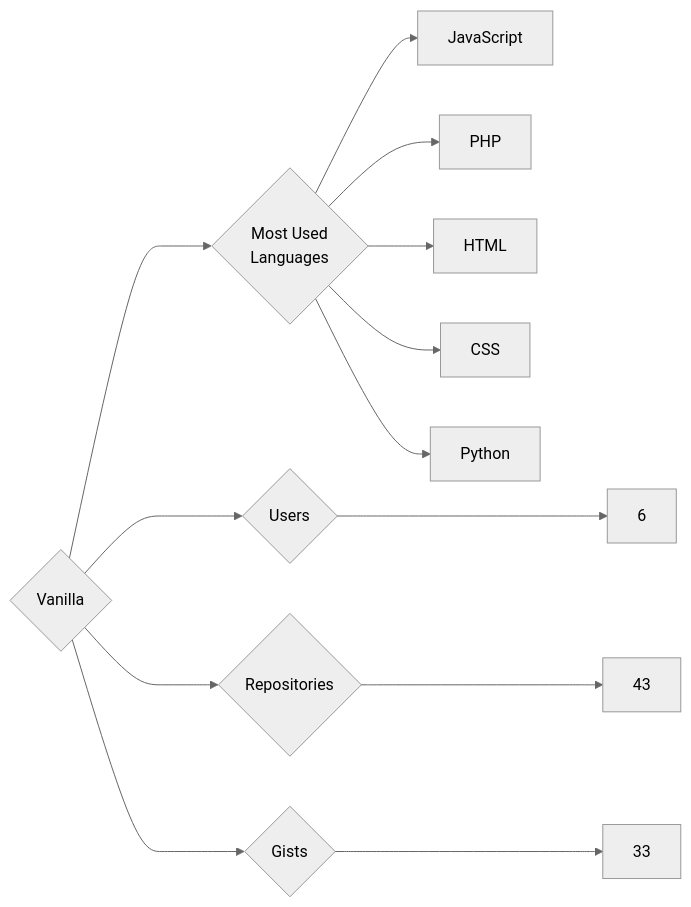
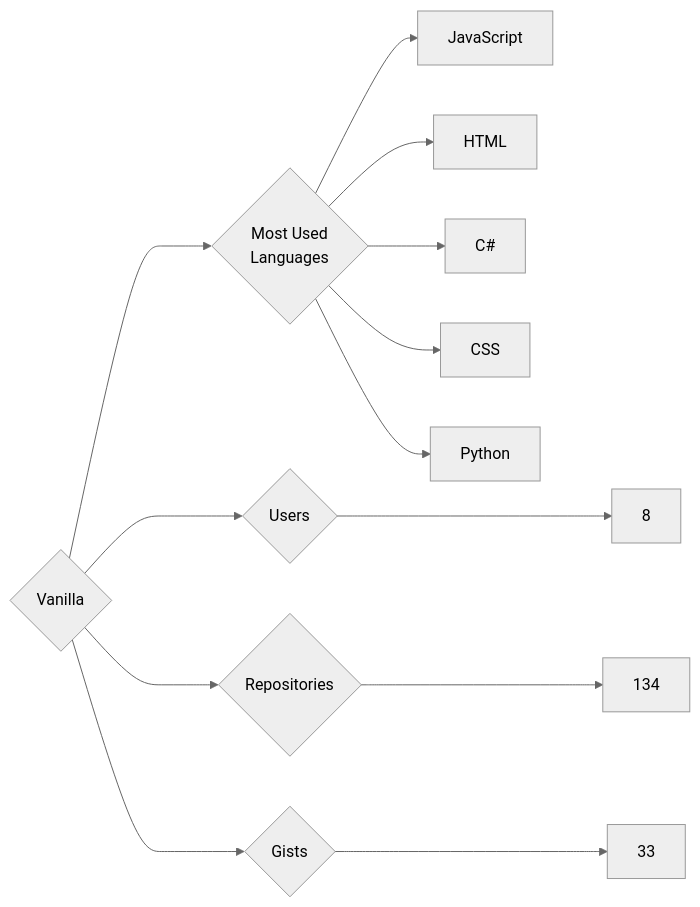
Before and after one commit to trickest/insiders: the diagram in targets/Vanilla/README.md, drawn with Mermaid (neutral theme). The commit also changed 1389 other files, not shown here.

````diff
--- a/targets/Vanilla/README.md
+++ b/targets/Vanilla/README.md
@@ -3,13 +3,13 @@
 ```mermaid
 graph LR
 COMPANY_NAME{Vanilla}
-COMPANY_NAME ---> U{Users} ---> UN[6]
-COMPANY_NAME ---> R{Repositories} ---> RN[43]
+COMPANY_NAME ---> U{Users} ---> UN[8]
+COMPANY_NAME ---> R{Repositories} ---> RN[134]
 COMPANY_NAME ---> G{Gists} ---> GN[33]
 COMPANY_NAME ---> ML{Most Used<br>Languages}
 ML --> JavaScript[JavaScript]
-ML --> PHP[PHP]
 ML --> HTML[HTML]
+ML --> C#[C#]
 ML --> CSS[CSS]
 ML --> Python[Python]
 ```
````
